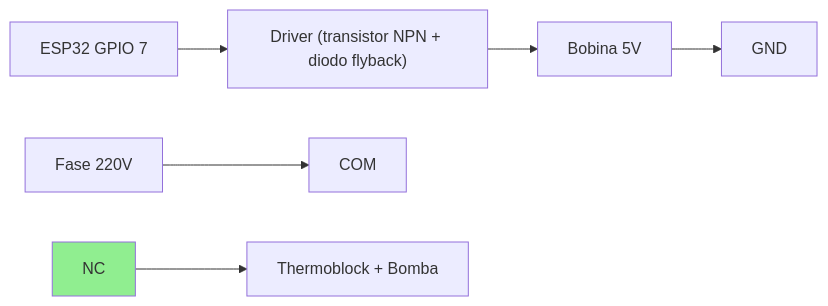
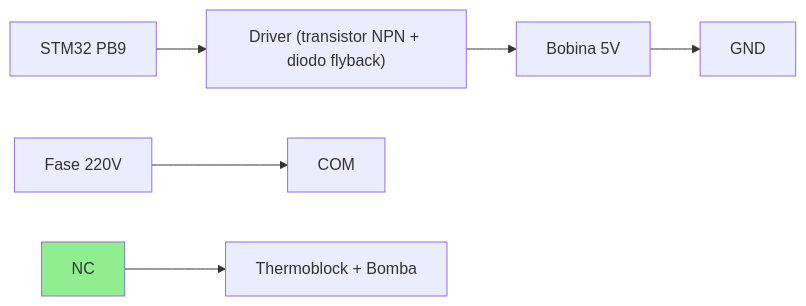
The fifth of 5 diagrams in docs/COMPONENTES.md (SamuelMoraesF/iot-oster-prima-latte2), drawn with Mermaid before and after one commit. The commit also changed other lines of this file, not shown here.

First line of the commit message:
Reestrutura para dual-controller (STM32 + ESP32)

````diff
--- a/docs/COMPONENTES.md
+++ b/docs/COMPONENTES.md
@@ -230,11 +341,11 @@
 ```mermaid
 graph LR
-    ESP["ESP32 GPIO 7"] --> DRIVER["Driver (transistor NPN + diodo flyback)"]
+    STM["STM32 PB9"] --> DRIVER["Driver (transistor NPN + diodo flyback)"]
     DRIVER --> COIL["Bobina 5V"]
     COIL --> GND["GND"]
 
     FASE["Fase 220V"] --> COM["COM"]
     NC["NC"] --> CARGA["Thermoblock + Bomba"]
 
     style NC fill:#90EE90
 ```
````
